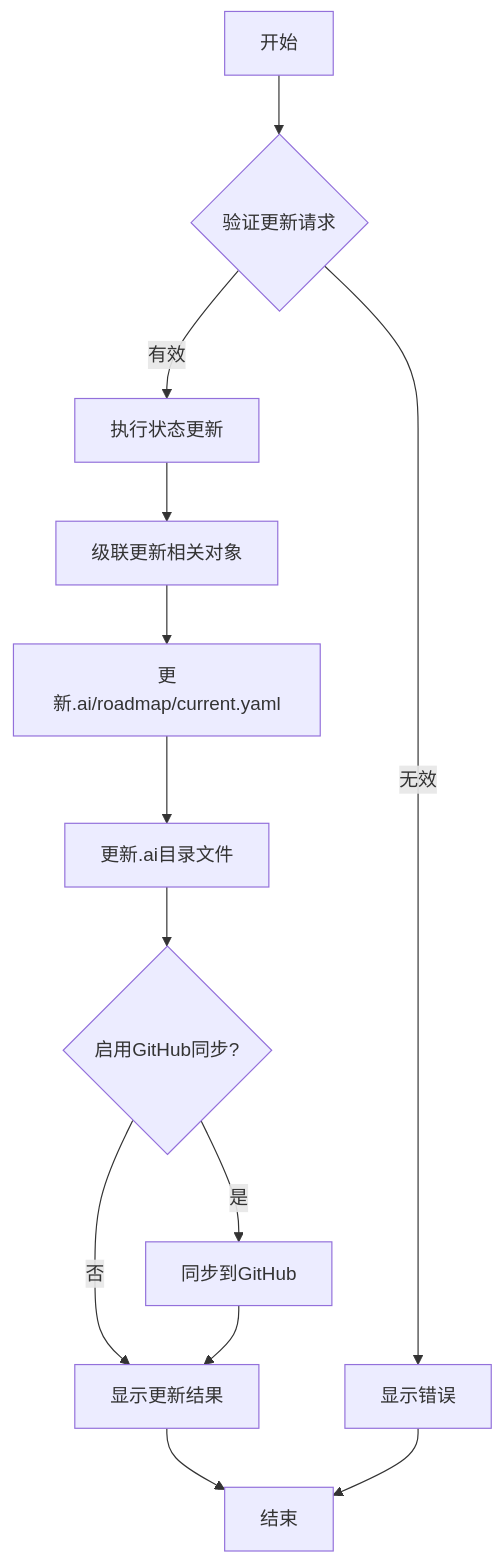
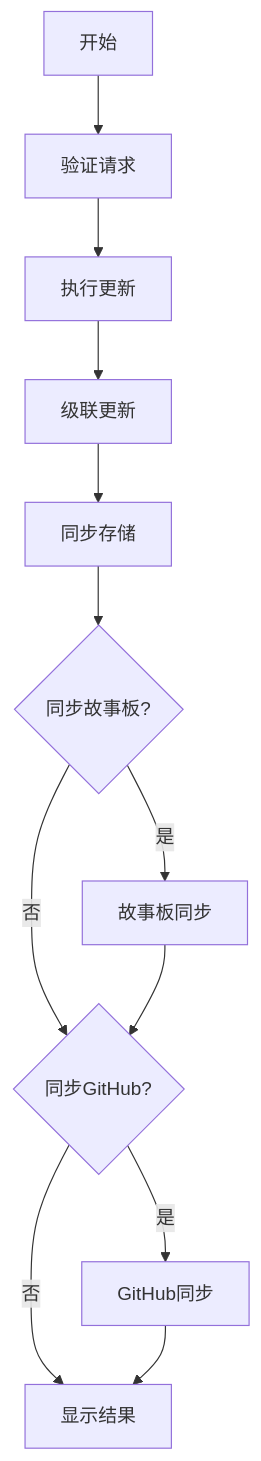
The second of 2 diagrams in .cursor/rules/command-rules/update-command.mdc (jacobcy/VibeCopilot), drawn with Mermaid before and after one commit. The commit also changed other lines of this file and 18 other files, not shown here.

````diff
--- a/.cursor/rules/command-rules/update-command.mdc
+++ b/.cursor/rules/command-rules/update-command.mdc
@@ -90,15 +92,14 @@
 ```mermaid
 flowchart TD
-    A[开始] --> B{验证更新请求}
-    B -->|有效| C[执行状态更新]
-    B -->|无效| G[显示错误]
-    C --> D[级联更新相关对象]
-    D --> E1[更新.ai/roadmap/current.yaml]
-    E1 --> E2[更新.ai目录文件]
-    E2 --> E3{启用GitHub同步?}
-    E3 -->|是| E4[同步到GitHub]
-    E3 -->|否| F[显示更新结果]
-    E4 --> F
-    F --> H[结束]
-    G --> H
+    A[开始] --> B[验证请求]
+    B --> C[执行更新]
+    C --> D[级联更新]
+    D --> E[同步存储]
+    E --> F1{同步故事板?}
+    F1 -->|是| F2[故事板同步]
+    F1 -->|否| G1{同步GitHub?}
+    F2 --> G1
+    G1 -->|是| G2[GitHub同步]
+    G1 -->|否| H[显示结果]
+    G2 --> H
 ```
````
